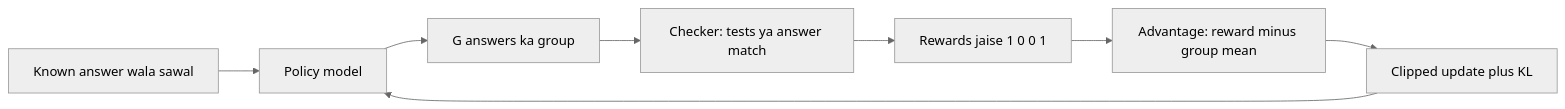
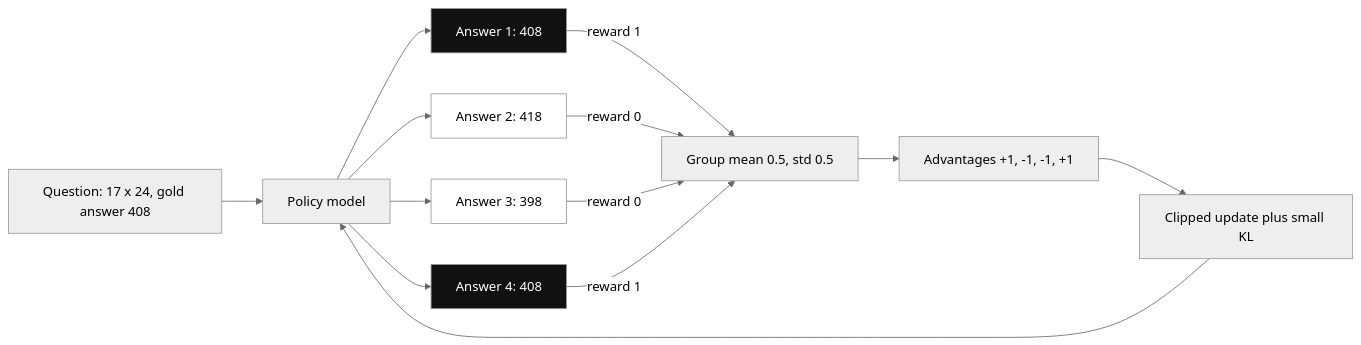
Diagram 12 of 16 in content/11-agentic/16-fine-tuning.md (flow6979/viewinter), drawn with Mermaid (neutral theme) before and after one commit. The commit also changed other lines of this file and 85 other files, not shown here.

First line of the commit message:
AI + RAG content: add diagrams across every page (196 -> 513)

````diff
--- a/content/11-agentic/16-fine-tuning.md
+++ b/content/11-agentic/16-fine-tuning.md
@@ -456,10 +590,19 @@
 ```mermaid
 flowchart LR
-    Q["Known answer wala sawal"] --> POL["Policy model"]
-    POL --> G["G answers ka group"]
-    G --> CHK["Checker: tests ya answer match"]
-    CHK --> R["Rewards jaise 1 0 0 1"]
-    R --> ADV["Advantage: reward minus group mean"]
-    ADV --> UPD["Clipped update plus KL"]
+    Q["Question: 17 x 24, gold answer 408"] --> POL["Policy model"]
+    POL --> A1["Answer 1: 408"]
+    POL --> A2["Answer 2: 418"]
+    POL --> A3["Answer 3: 398"]
+    POL --> A4["Answer 4: 408"]
+    A1 -->|reward 1| MEAN["Group mean 0.5, std 0.5"]
+    A2 -->|reward 0| MEAN
+    A3 -->|reward 0| MEAN
+    A4 -->|reward 1| MEAN
+    MEAN --> ADV["Advantages +1, -1, -1, +1"]
+    ADV --> UPD["Clipped update plus small KL"]
     UPD --> POL
+    class A1,A4 hot
+    class A2,A3 dim
+    classDef hot fill:#111,color:#fff
+    classDef dim fill:#fff
 ```
````
